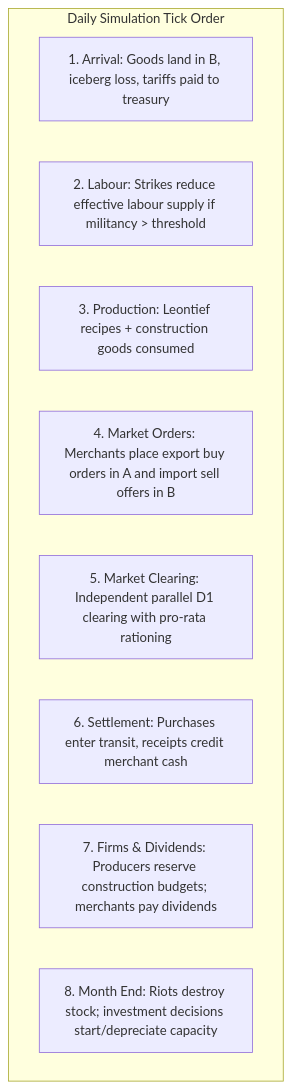
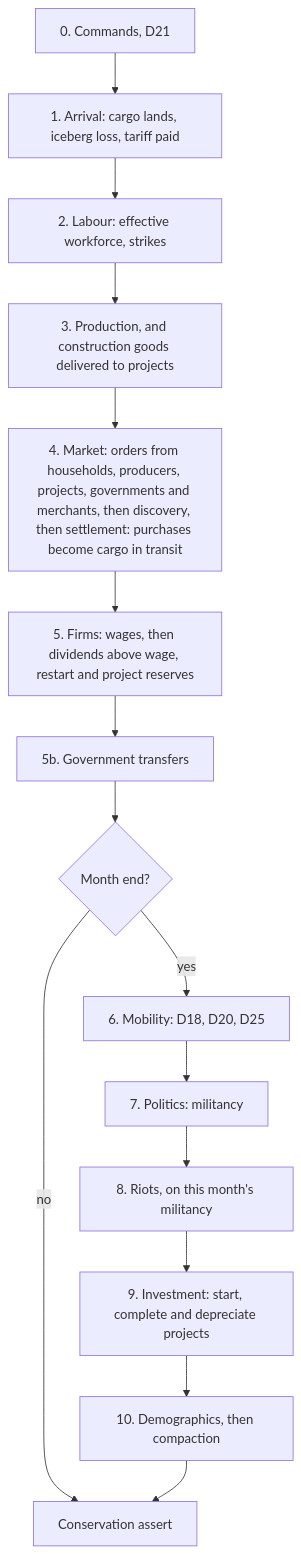
The diagram in docs/MILESTONE_5.md (thomasclarkpersonal-sketch/Iron-and-Blood), drawn with Mermaid before and after one commit. The commit also changed other lines of this file and 6 other files, not shown here.

````diff
--- a/docs/MILESTONE_5.md
+++ b/docs/MILESTONE_5.md
@@ -47,13 +52,17 @@
 ```mermaid
 flowchart TD
-    subgraph Tick_Sequence [Daily Simulation Tick Order]
-        T1[1. Arrival: Goods land in B, iceberg loss, tariffs paid to treasury]
-        T2[2. Labour: Strikes reduce effective labour supply if militancy > threshold]
-        T3[3. Production: Leontief recipes + construction goods consumed]
-        T4[4. Market Orders: Merchants place export buy orders in A and import sell offers in B]
-        T5[5. Market Clearing: Independent parallel D1 clearing with pro-rata rationing]
-        T6[6. Settlement: Purchases enter transit, receipts credit merchant cash]
-        T7[7. Firms & Dividends: Producers reserve construction budgets; merchants pay dividends]
-        T8[8. Month End: Riots destroy stock; investment decisions start/depreciate capacity]
-    end
+    C[0. Commands, D21] --> A[1. Arrival: cargo lands, iceberg loss, tariff paid]
+    A --> L[2. Labour: effective workforce, strikes]
+    L --> P[3. Production, and construction goods delivered to projects]
+    P --> M[4. Market: orders from households, producers, projects, governments and merchants, then discovery, then settlement: purchases become cargo in transit]
+    M --> F[5. Firms: wages, then dividends above wage, restart and project reserves]
+    F --> G[5b. Government transfers]
+    G --> E{Month end?}
+    E -- no --> Done[Conservation assert]
+    E -- yes --> Mob[6. Mobility: D18, D20, D25]
+    Mob --> Pol[7. Politics: militancy]
+    Pol --> R[8. Riots, on this month's militancy]
+    R --> I[9. Investment: start, complete and depreciate projects]
+    I --> Dem[10. Demographics, then compaction]
+    Dem --> Done
 ```
````
